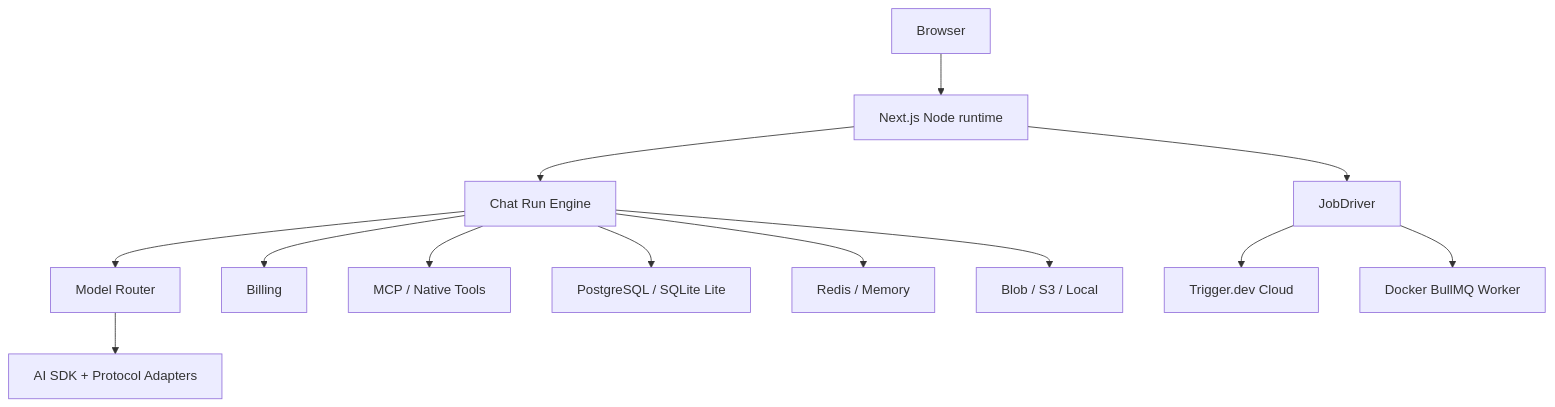
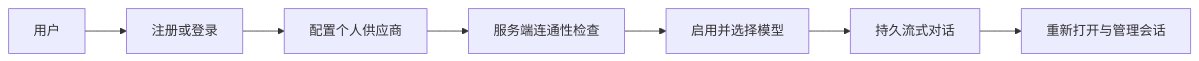
The second of 2 diagrams in design.md (Loosand/chat), drawn with Mermaid before and after one commit. The commit also changed other lines of this file and 59 other files, not shown here.

````diff
--- a/design.md
+++ b/design.md
@@ -49,15 +73,9 @@
 ```mermaid
-flowchart TB
-  Browser["Browser"] --> Web["Next.js Node runtime"]
-  Web --> Chat["Chat Run Engine"]
-  Chat --> Router["Model Router"]
-  Router --> AI["AI SDK + Protocol Adapters"]
-  Chat --> Billing["Billing"]
-  Chat --> Tools["MCP / Native Tools"]
-  Chat --> DB["PostgreSQL / SQLite Lite"]
-  Chat --> Redis["Redis / Memory"]
-  Chat --> Store["Blob / S3 / Local"]
-  Web --> Jobs["JobDriver"]
-  Jobs --> Trigger["Trigger.dev Cloud"]
-  Jobs --> Worker["Docker BullMQ Worker"]
+flowchart LR
+  User["用户"] --> Auth["注册或登录"]
+  Auth --> Provider["配置个人供应商"]
+  Provider --> Check["服务端连通性检查"]
+  Check --> Model["启用并选择模型"]
+  Model --> Chat["持久流式对话"]
+  Chat --> History["重新打开与管理会话"]
 ```
````
